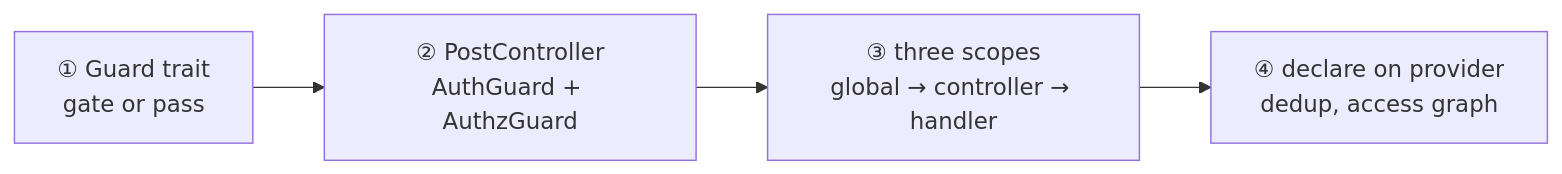
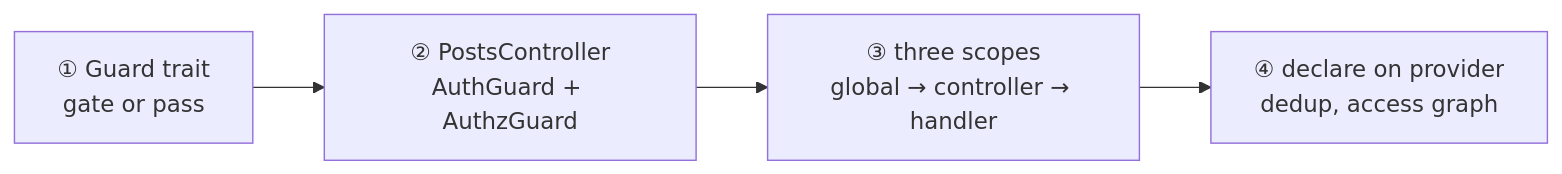
One commit to YV17labs/NestRS changed the first of 5 diagrams in docs/src/content/docs/fundamentals/guards.mdx. Above: the diagram before and after it, drawn with Mermaid. The commit also changed other lines of this file and 27 other files, not shown here.

````diff
--- a/docs/src/content/docs/fundamentals/guards.mdx
+++ b/docs/src/content/docs/fundamentals/guards.mdx
@@ -28,6 +28,6 @@
 ```mermaid
 flowchart LR
-  A["① Guard trait<br/>gate or pass"] --> B["② PostController<br/>AuthGuard + AuthzGuard"]
+  A["① Guard trait<br/>gate or pass"] --> B["② PostsController<br/>AuthGuard + AuthzGuard"]
   B --> C["③ three scopes<br/>global → controller → handler"]
   C --> D["④ declare on provider<br/>dedup, access graph"]
 ```
````
